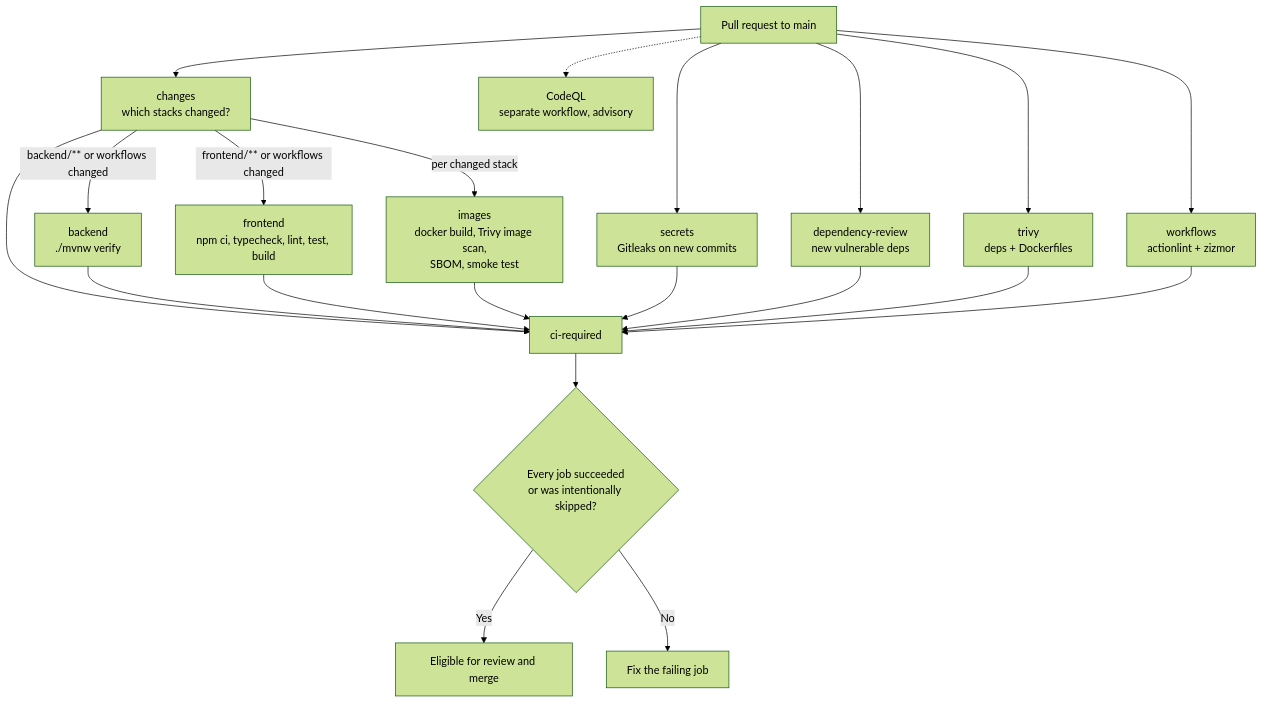
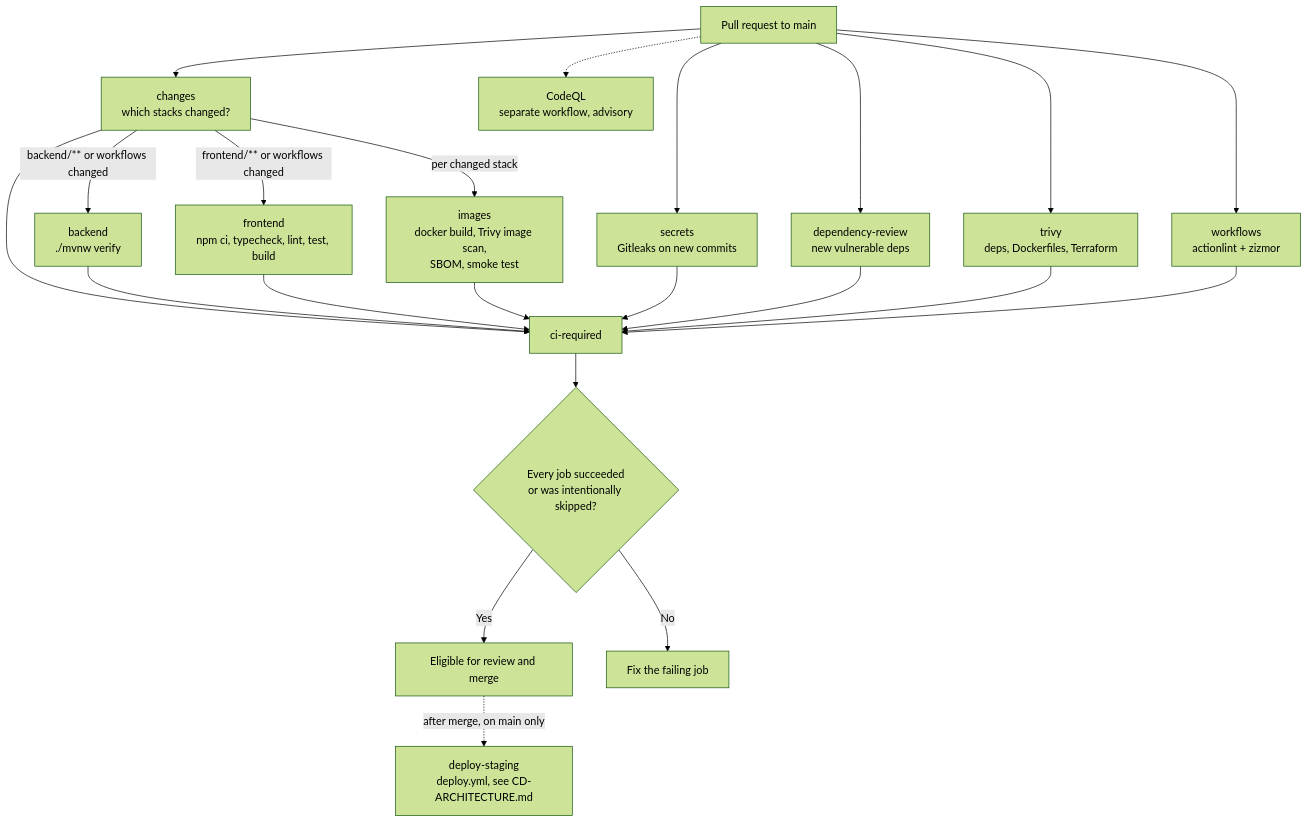
The diagram in docs/ci-cd/CI-ARCHITECTURE.md (0019-KDU/CloudForge), drawn with Mermaid (forest theme) before and after one commit. The commit also changed other lines of this file, not shown here.

Commit message:
docs: bring CI architecture up to date (CD, Terraform scanning, CodeQL enforcement, real timings)

````diff
--- a/docs/ci-cd/CI-ARCHITECTURE.md
+++ b/docs/ci-cd/CI-ARCHITECTURE.md
@@ -25,26 +27,27 @@
 ```mermaid
 flowchart TD
     PR[Pull request to main] --> C[changes<br/>which stacks changed?]
     PR --> S[secrets<br/>Gitleaks on new commits]
     PR --> D[dependency-review<br/>new vulnerable deps]
-    PR --> T[trivy<br/>deps + Dockerfiles]
+    PR --> T[trivy<br/>deps, Dockerfiles, Terraform]
     PR --> W[workflows<br/>actionlint + zizmor]
     PR -.-> Q[CodeQL<br/>separate workflow, advisory]
 
     C -->|backend/** or workflows changed| B[backend<br/>./mvnw verify]
     C -->|frontend/** or workflows changed| F[frontend<br/>npm ci, typecheck, lint, test, build]
     C -->|per changed stack| I[images<br/>docker build, Trivy image scan,<br/>SBOM, smoke test]
 
     C --> R[ci-required]
     B --> R
     F --> R
     I --> R
     S --> R
     D --> R
     T --> R
     W --> R
 
     R --> G{Every job succeeded<br/>or was intentionally skipped?}
     G -->|Yes| M[Eligible for review and merge]
     G -->|No| X[Fix the failing job]
+    M -.->|after merge, on main only| DS[deploy-staging<br/>deploy.yml, see CD-ARCHITECTURE.md]
 ```
````
